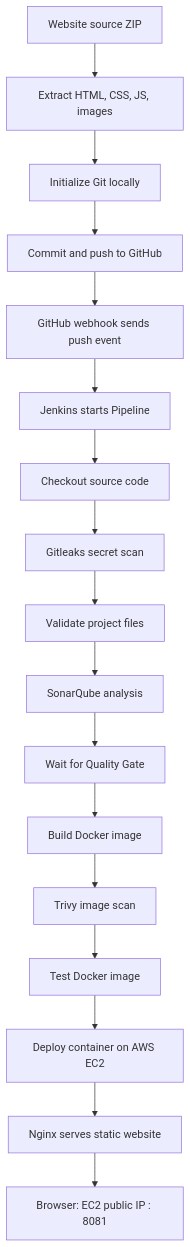
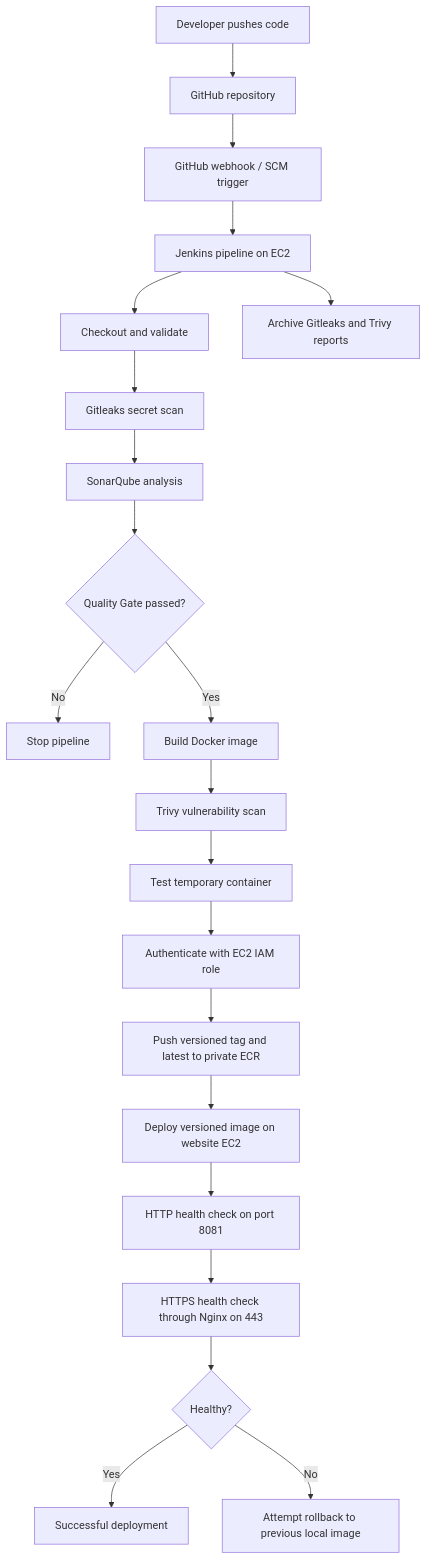
One commit to Rajesh-210/infinite-loop-website changed the diagram in README.md. Above: the diagram before and after it, drawn with Mermaid. The commit also changed other lines of this file and 5 other files, not shown here.

````diff
--- a/README.md
+++ b/README.md
@@ -23,19 +50,23 @@
-``` mermaid
+```mermaid
 flowchart TD
-    A[Website source ZIP] --> B[Extract HTML, CSS, JS, images]
-    B --> C[Initialize Git locally]
-    C --> D[Commit and push to GitHub]
-    D --> E[GitHub webhook sends push event]
-    E --> F[Jenkins starts Pipeline]
-    F --> G[Checkout source code]
-    G --> H[Gitleaks secret scan]
-    H --> I[Validate project files]
-    I --> J[SonarQube analysis]
-    J --> K[Wait for Quality Gate]
-    K --> L[Build Docker image]
-    L --> M[Trivy image scan]
-    M --> N[Test Docker image]
-    N --> O[Deploy container on AWS EC2]
-    O --> P[Nginx serves static website]
-    P --> Q[Browser: EC2 public IP : 8081]
+    A[Developer pushes code] --> B[GitHub repository]
+    B --> C[GitHub webhook / SCM trigger]
+    C --> D[Jenkins pipeline on EC2]
+    D --> E[Checkout and validate]
+    E --> F[Gitleaks secret scan]
+    F --> G[SonarQube analysis]
+    G --> H{Quality Gate passed?}
+    H -- No --> X[Stop pipeline]
+    H -- Yes --> I[Build Docker image]
+    I --> J[Trivy vulnerability scan]
+    J --> K[Test temporary container]
+    K --> L[Authenticate with EC2 IAM role]
+    L --> M[Push versioned tag and latest to private ECR]
+    M --> N[Deploy versioned image on website EC2]
+    N --> O[HTTP health check on port 8081]
+    O --> P[HTTPS health check through Nginx on 443]
+    P --> Q{Healthy?}
+    Q -- Yes --> R[Successful deployment]
+    Q -- No --> S[Attempt rollback to previous local image]
+    D --> T[Archive Gitleaks and Trivy reports]
 ```
````
